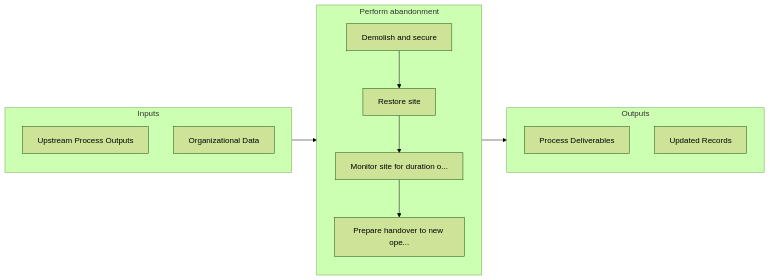
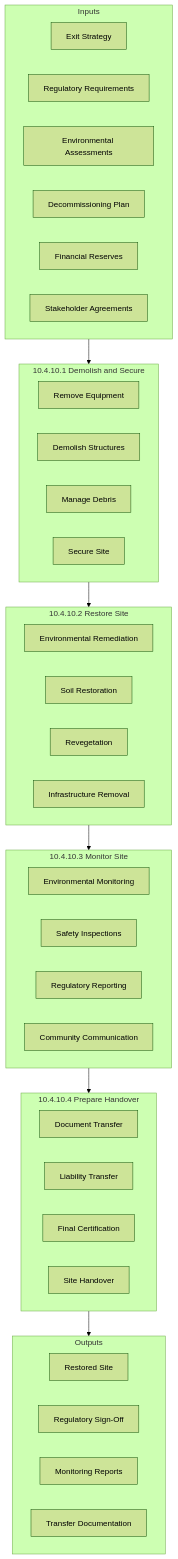
One commit to kziemski/business.org.ai changed the second of 3 diagrams in processes/10-Assets/10.4.10-PerformAbandonment/index.mdx. Above: the diagram before and after it, drawn with Mermaid (forest theme). The commit also changed other lines of this file and 885 other files, not shown here.

````diff
--- a/processes/10-Assets/10.4.10-PerformAbandonment/index.mdx
+++ b/processes/10-Assets/10.4.10-PerformAbandonment/index.mdx
@@ -61,24 +51,52 @@
 ```mermaid
-flowchart LR
+flowchart TB
     subgraph Inputs["Inputs"]
-        I1["Upstream Process Outputs"]
-        I2["Organizational Data"]
+        I1["Exit Strategy"]
+        I2["Regulatory Requirements"]
+        I3["Environmental Assessments"]
+        I4["Decommissioning Plan"]
+        I5["Financial Reserves"]
+        I6["Stakeholder Agreements"]
     end
 
-    subgraph Process["Perform abandonment"]
-        S1["Demolish and secure"]
-        S2["Restore site"]
-        S3["Monitor site for duration o..."]
-        S4["Prepare handover to new ope..."]
+    subgraph Demolish["10.4.10.1 Demolish and Secure"]
+        D1["Remove Equipment"]
+        D2["Demolish Structures"]
+        D3["Manage Debris"]
+        D4["Secure Site"]
+    end
+
+    subgraph Restore["10.4.10.2 Restore Site"]
+        R1["Environmental Remediation"]
+        R2["Soil Restoration"]
+        R3["Revegetation"]
+        R4["Infrastructure Removal"]
+    end
+
+    subgraph Monitor["10.4.10.3 Monitor Site"]
+        M1["Environmental Monitoring"]
+        M2["Safety Inspections"]
+        M3["Regulatory Reporting"]
+        M4["Community Communication"]
+    end
+
+    subgraph Handover["10.4.10.4 Prepare Handover"]
+        H1["Document Transfer"]
+        H2["Liability Transfer"]
+        H3["Final Certification"]
+        H4["Site Handover"]
     end
 
     subgraph Outputs["Outputs"]
-        O1["Process Deliverables"]
-        O2["Updated Records"]
+        OUT1["Restored Site"]
+        OUT2["Regulatory Sign-Off"]
+        OUT3["Monitoring Reports"]
+        OUT4["Transfer Documentation"]
     end
 
-    Inputs --> Process --> Outputs
-    S1 --> S2
-    S2 --> S3
-    S3 --> S4
+    Inputs --> Demolish
+    Demolish --> Restore
+    Restore --> Monitor
+    Monitor --> Handover
+    Handover --> Outputs
 ```
````
